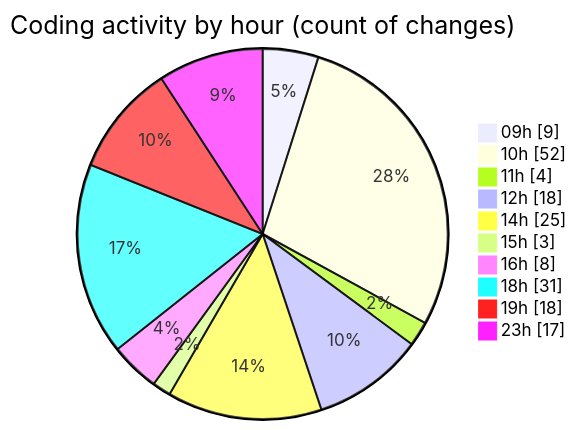
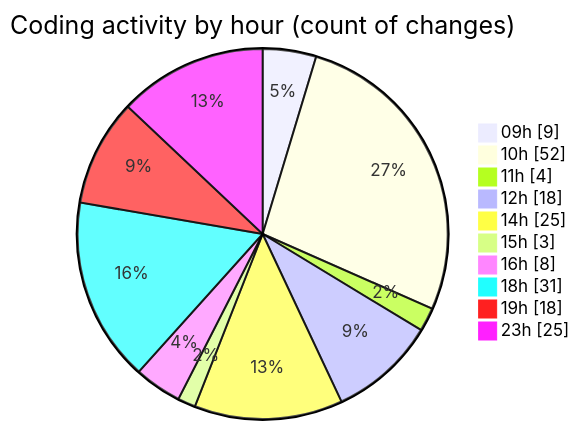
The second of 2 diagrams in 2026-09-01/cda/README.md (momahboobian/code-tracking), drawn with Mermaid before and after one commit. The commit also changed other lines of this file and 1 other file, not shown here.

````diff
--- a/2026-09-01/cda/README.md
+++ b/2026-09-01/cda/README.md
@@ -94,14 +94,14 @@
 ```mermaid
 pie showData
 title Coding activity by hour (count of changes)
 "09h" : 9
 "10h" : 52
 "11h" : 4
 "12h" : 18
 "14h" : 25
 "15h" : 3
 "16h" : 8
 "18h" : 31
 "19h" : 18
-"23h" : 17
+"23h" : 25
 ```
````
